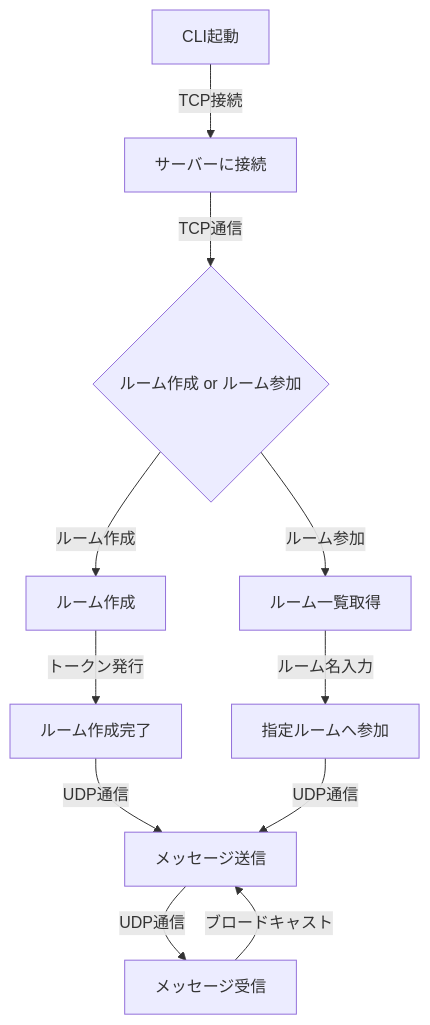
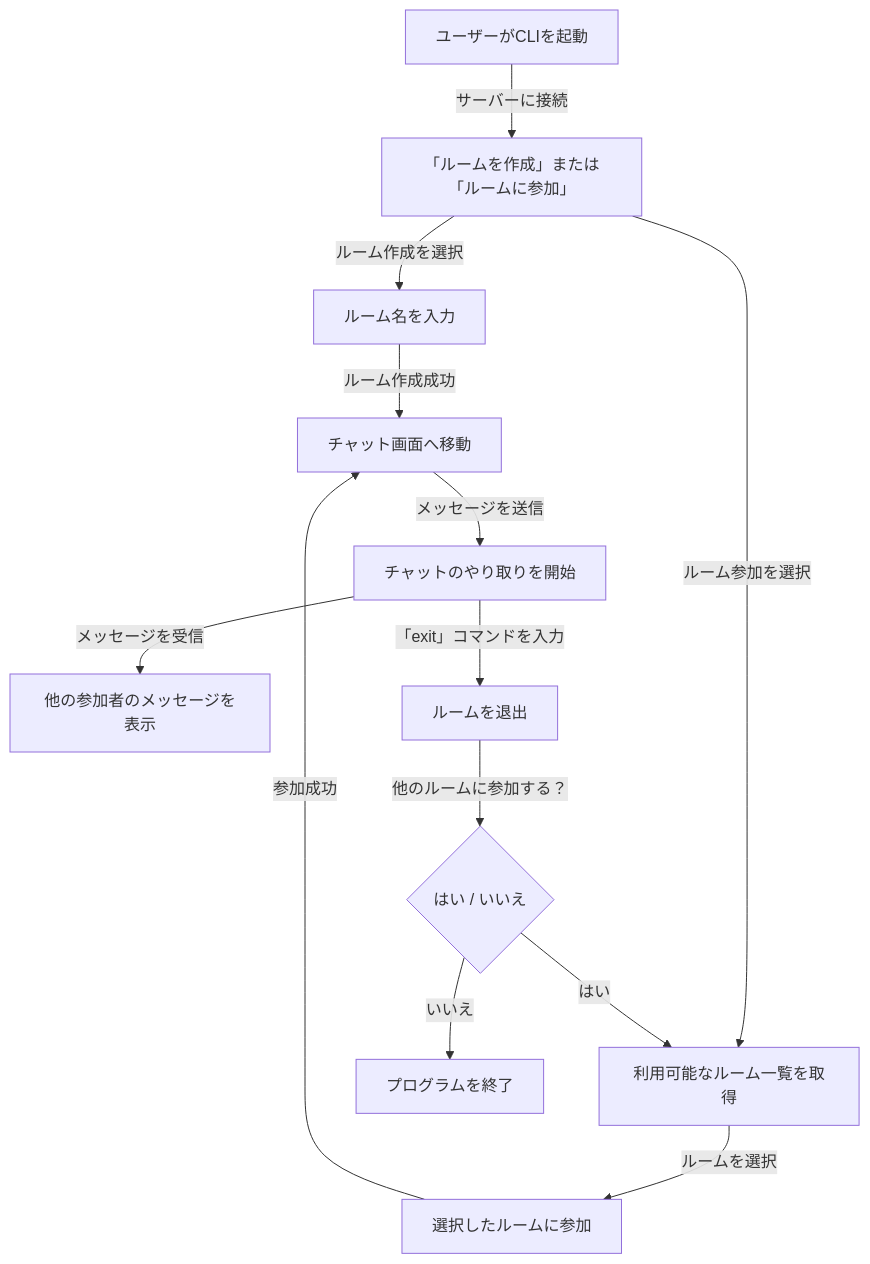
Before and after one commit to BackendExplorer/Tenshin: the diagram in README.md, drawn with Mermaid.

````diff
--- a/README.md
+++ b/README.md
@@ -1,18 +1,20 @@
 ```mermaid
 graph TD
-    A["CLI起動"] -->|TCP接続| B["サーバーに接続"]
-    B -->|TCP通信| C{"ルーム作成 or ルーム参加"}
+    A[ユーザーがCLIを起動] -->|サーバーに接続| B[「ルームを作成」または「ルームに参加」]
+    
+    B -- ルーム作成を選択 --> C[ルーム名を入力]
+    C -->|ルーム作成成功| D[チャット画面へ移動]
+    
+    B -- ルーム参加を選択 --> E[利用可能なルーム一覧を取得]
+    E -->|ルームを選択| F[選択したルームに参加]
+    F -->|参加成功| D
 
-    C -- ルーム作成 --> D["ルーム作成"]
-    C -- ルーム参加 --> E["ルーム一覧取得"]
-
-    D -->|トークン発行| F["ルーム作成完了"]
-    E -->|ルーム名入力| G["指定ルームへ参加"]
-
-    F -->|UDP通信| H["メッセージ送信"]
-    G -->|UDP通信| H
-
-    H -->|UDP通信| I["メッセージ受信"]
-    I -->|ブロードキャスト| H
-
+    D -->|メッセージを送信| G[チャットのやり取りを開始]
+    G -->|メッセージを受信| H[他の参加者のメッセージを表示]
+    
+    G -->|「exit」コマンドを入力| I[ルームを退出]
+    I -->|他のルームに参加する？| J{はい / いいえ}
+    
+    J -- はい --> E
+    J -- いいえ --> K[プログラムを終了]
 ```
````
